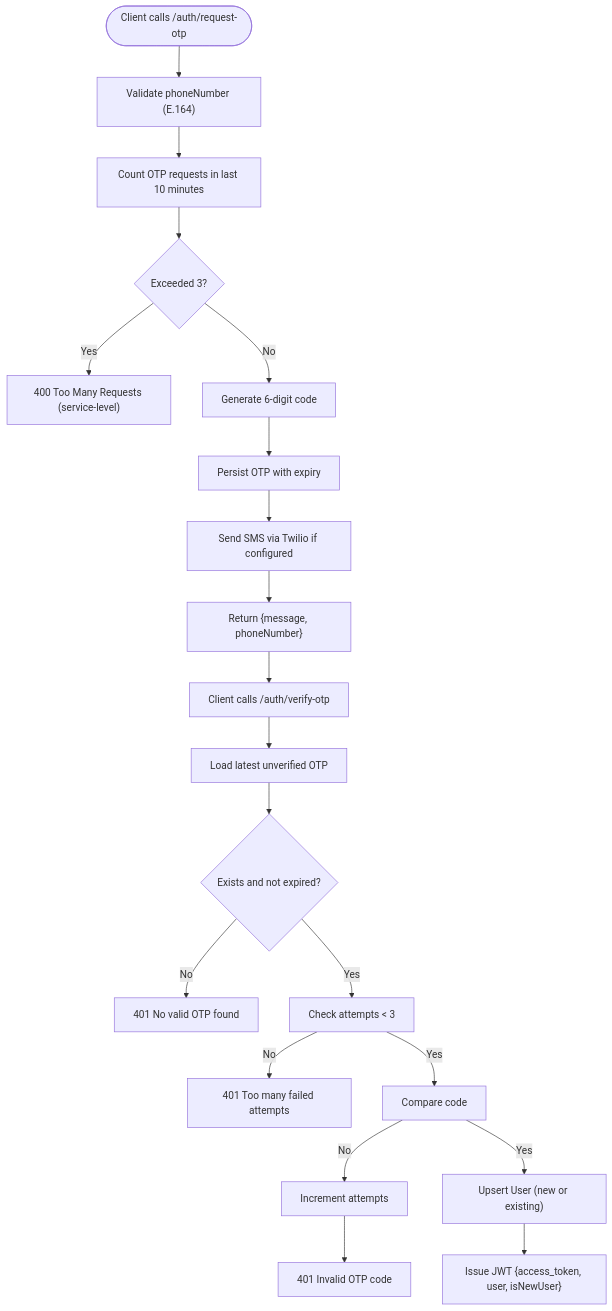
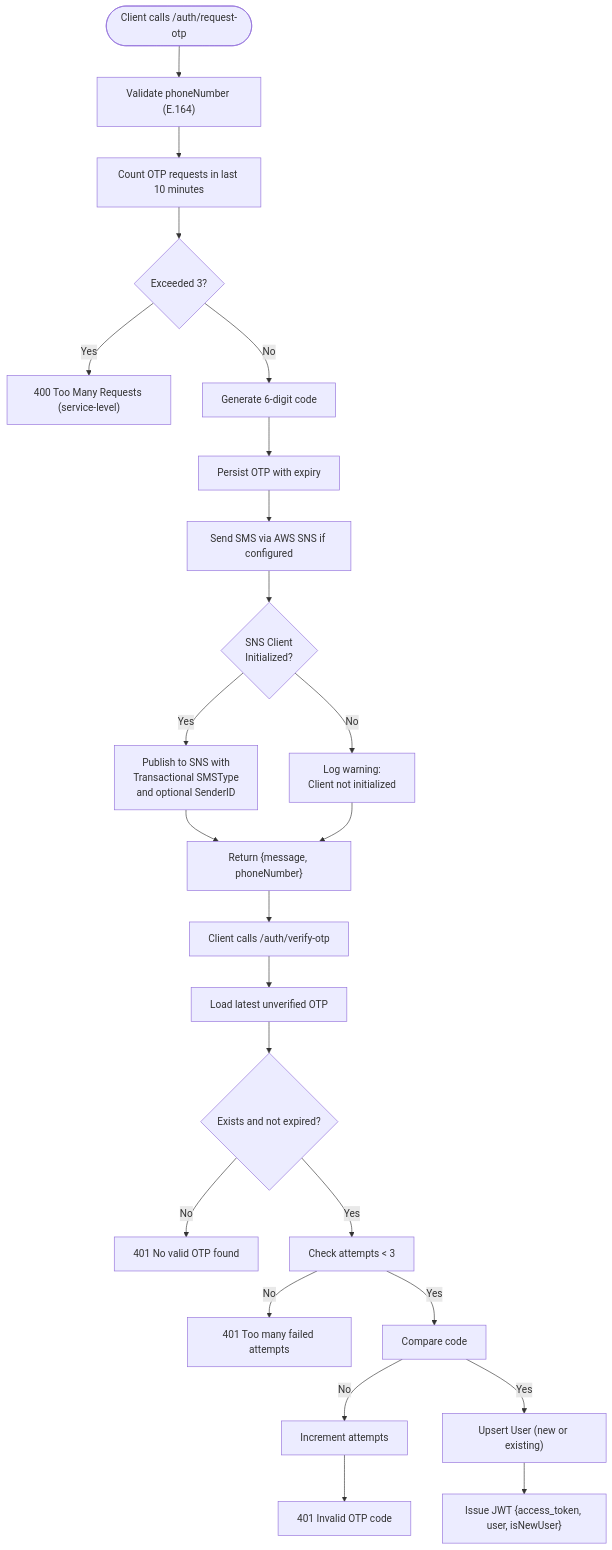
Before and after one commit to statgod6/4ever: the fifth of 7 diagrams in .qoder/repowiki/en/content/API Reference/Authentication API.md, drawn with Mermaid. The commit also changed other lines of this file and 116 other files, not shown here.

````diff
--- a/.qoder/repowiki/en/content/API Reference/Authentication API.md
+++ b/.qoder/repowiki/en/content/API Reference/Authentication API.md
@@ -314,21 +372,25 @@
 ```mermaid
 flowchart TD
 Start(["Client calls /auth/request-otp"]) --> Validate["Validate phoneNumber (E.164)"]
 Validate --> CountRecent["Count OTP requests in last 10 minutes"]
 CountRecent --> TooMany{"Exceeded 3?"}
 TooMany --> |Yes| Err400["400 Too Many Requests (service-level)"]
 TooMany --> |No| GenCode["Generate 6-digit code"]
 GenCode --> Save["Persist OTP with expiry"]
-Save --> MaybeSMS["Send SMS via Twilio if configured"]
-MaybeSMS --> DoneReq["Return {message, phoneNumber}"]
+Save --> MaybeSMS["Send SMS via AWS SNS if configured"]
+MaybeSMS --> CheckClient{"SNS Client<br/>Initialized?"}
+CheckClient --> |Yes| SendSMS["Publish to SNS with<br/>Transactional SMSType<br/>and optional SenderID"]
+CheckClient --> |No| WarnLog["Log warning:<br/>Client not initialized"]
+SendSMS --> DoneReq["Return {message, phoneNumber}"]
+WarnLog --> DoneReq
 DoneReq --> VerifyCall["Client calls /auth/verify-otp"]
 VerifyCall --> LoadOtp["Load latest unverified OTP"]
 LoadOtp --> Exists{"Exists and not expired?"}
 Exists --> |No| Err401a["401 No valid OTP found"]
 Exists --> |Yes| Attempts["Check attempts < 3"]
 Attempts --> |No| Err401b["401 Too many failed attempts"]
 Attempts --> |Yes| Match["Compare code"]
 Match --> |No| Incr["Increment attempts"] --> Err401c["401 Invalid OTP code"]
 Match --> |Yes| CreateUser["Upsert User (new or existing)"]
 CreateUser --> IssueJWT["Issue JWT {access_token, user, isNewUser}"]
 ```
````
